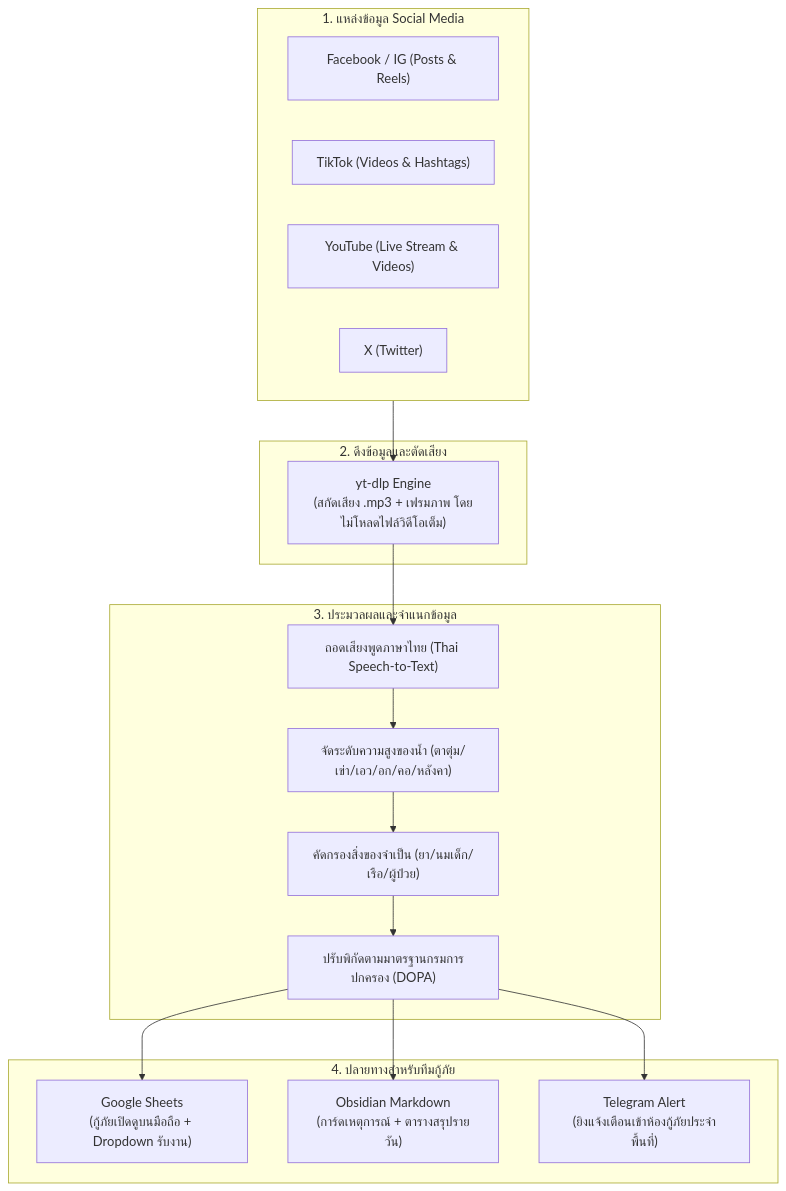
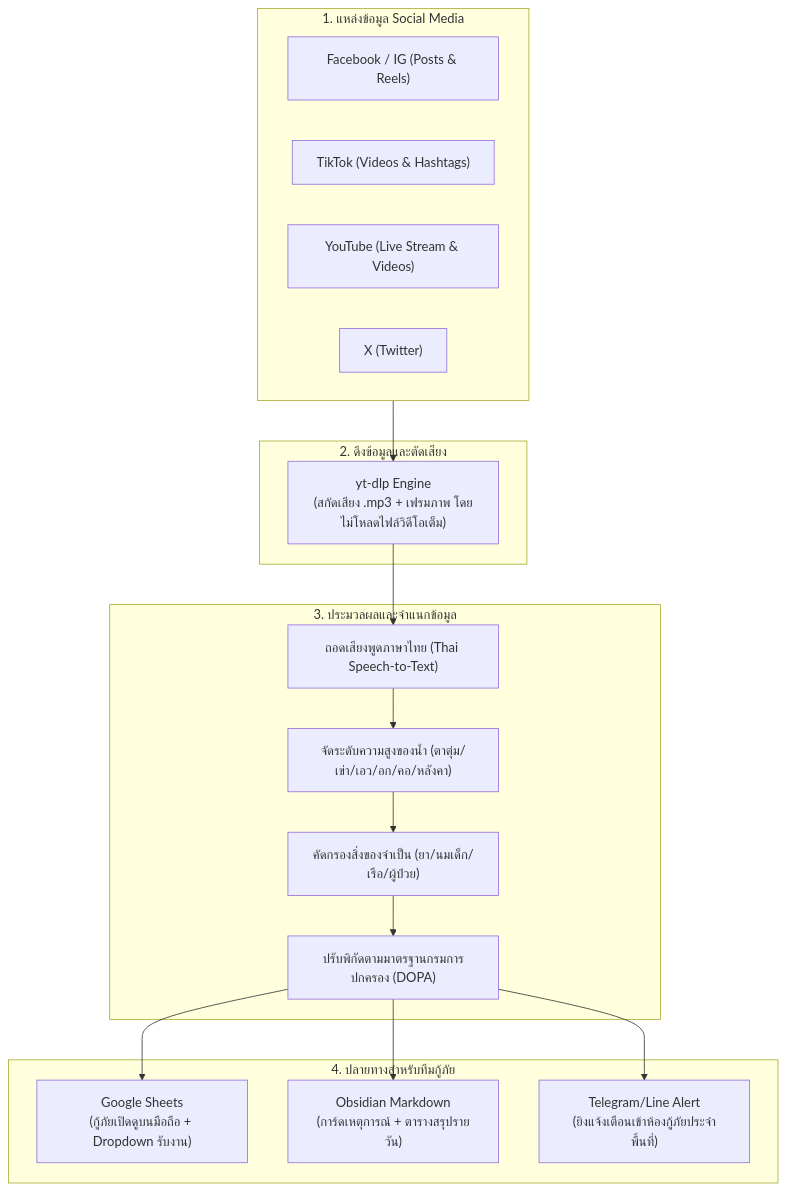
One commit to sufarwee/FloodVoice-Thai changed the diagram in README.md. Above: the diagram before and after it, drawn with Mermaid.

Commit message:
Update alert service description in README

````diff
--- a/README.md
+++ b/README.md
@@ -18,35 +18,35 @@
 ```mermaid
 flowchart TD
     subgraph Sources["1. แหล่งข้อมูล Social Media"]
         FB["Facebook / IG (Posts & Reels)"]
         TT["TikTok (Videos & Hashtags)"]
         YT["YouTube (Live Stream & Videos)"]
         X["X (Twitter)"]
     end
 
     subgraph Ingestion["2. ดึงข้อมูลและตัดเสียง"]
         YTDL["yt-dlp Engine\n(สกัดเสียง .mp3 + เฟรมภาพ โดยไม่โหลดไฟล์วิดีโอเต็ม)"]
     end
 
     subgraph Processing["3. ประมวลผลและจำแนกข้อมูล"]
         STT["ถอดเสียงพูดภาษาไทย (Thai Speech-to-Text)"]
         WL["จัดระดับความสูงของน้ำ (ตาตุ่ม/เข่า/เอว/อก/คอ/หลังคา)"]
         Needs["คัดกรองสิ่งของจำเป็น (ยา/นมเด็ก/เรือ/ผู้ป่วย)"]
         DOPA["ปรับพิกัดตามมาตรฐานกรมการปกครอง (DOPA)"]
     end
 
     subgraph Out["4. ปลายทางสำหรับทีมกู้ภัย"]
         GS["Google Sheets\n(กู้ภัยเปิดดูบนมือถือ + Dropdown รับงาน)"]
         OB["Obsidian Markdown\n(การ์ดเหตุการณ์ + ตารางสรุปรายวัน)"]
-        TG["Telegram Alert\n(ยิงแจ้งเตือนเข้าห้องกู้ภัยประจำพื้นที่)"]
+        TG["Telegram/Line Alert\n(ยิงแจ้งเตือนเข้าห้องกู้ภัยประจำพื้นที่)"]
     end
 
     Sources --> YTDL
     YTDL --> STT
     STT --> WL
     WL --> Needs
     Needs --> DOPA
     DOPA --> GS
     DOPA --> OB
     DOPA --> TG
 ```
````
